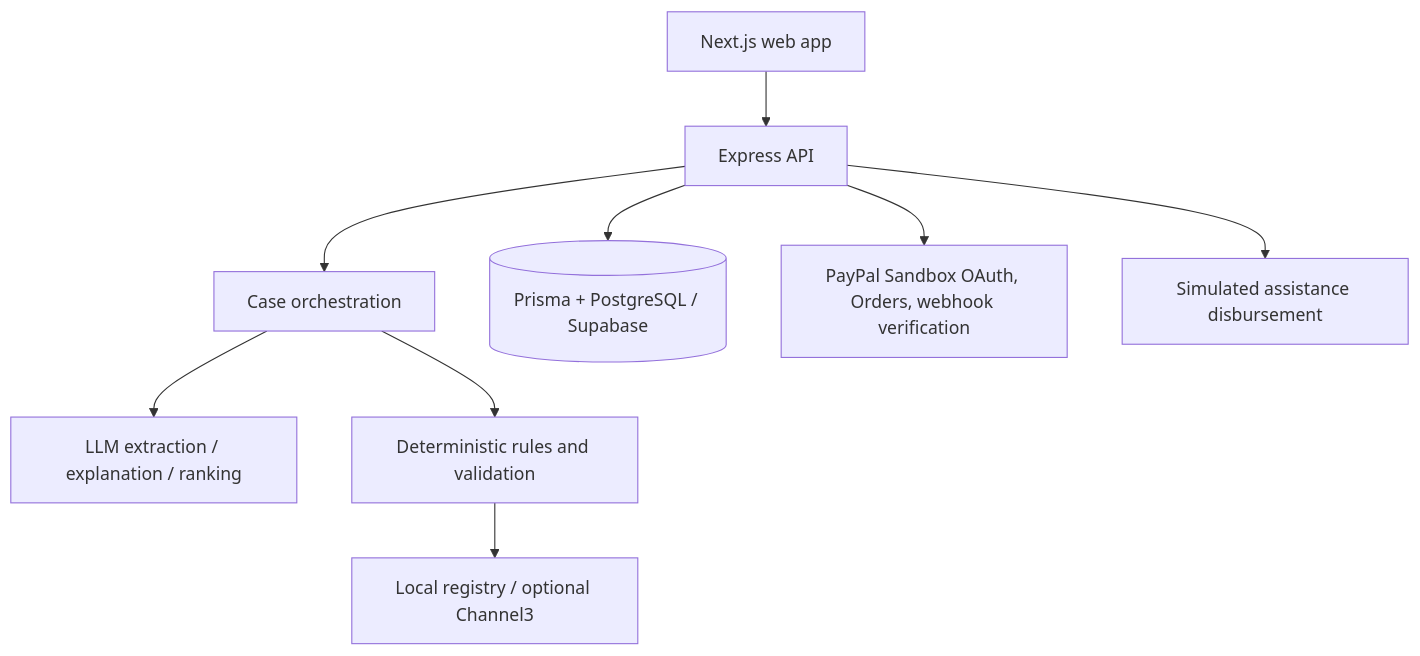
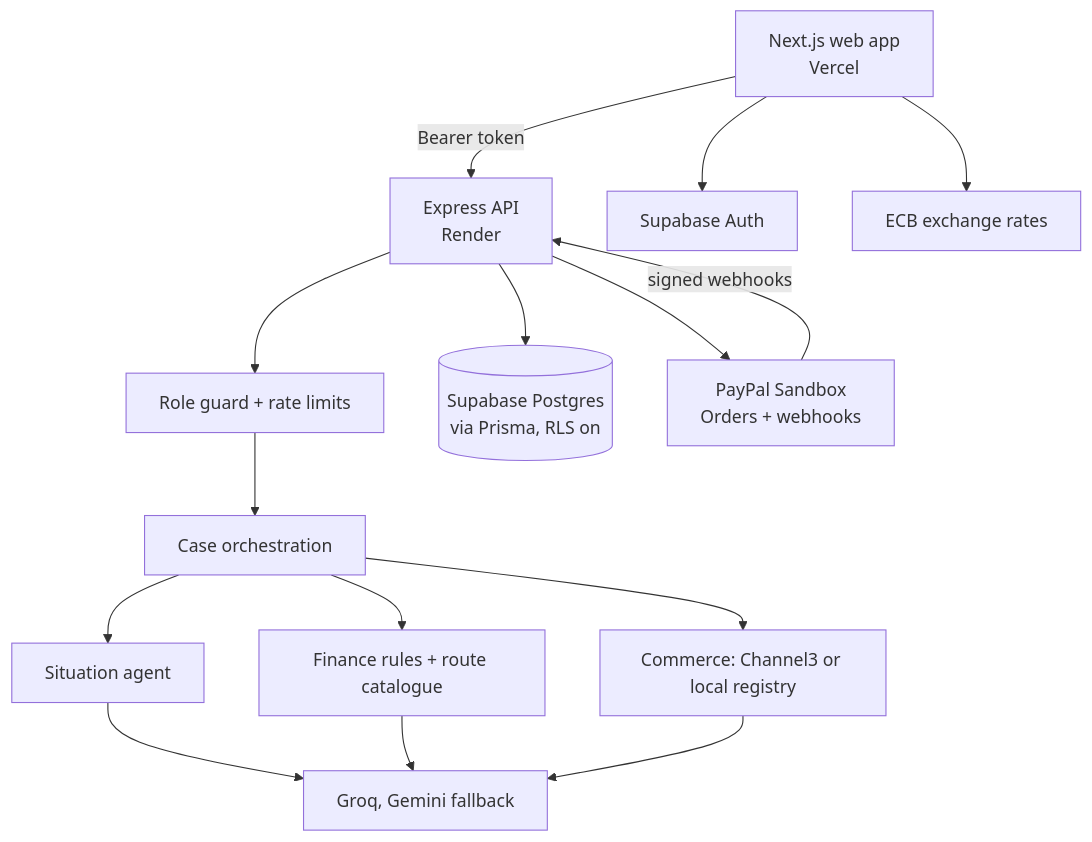
Before and after one commit to FathimaMehrinVS/LIFELINE_PayPal_AI_Hackathon: the second of 2 diagrams in README.md, drawn with Mermaid. The commit also changed other lines of this file, not shown here.

````diff
--- a/README.md
+++ b/README.md
@@ -93,11 +158,15 @@
 ```mermaid
 flowchart TD
-  UI[Next.js web app] --> API[Express API]
-  API --> ORCH[Case orchestration]
-  ORCH --> AI[LLM extraction / explanation / ranking]
-  ORCH --> RULES[Deterministic rules and validation]
-  RULES --> COMMERCE[Local registry / optional Channel3]
-  API --> DB[(Prisma + PostgreSQL / Supabase)]
-  API --> PP[PayPal Sandbox OAuth, Orders, webhook verification]
-  API --> SIM[Simulated assistance disbursement]
+  WEB[Next.js web app<br/>Vercel] -->|Bearer token| API[Express API<br/>Render]
+  WEB --> SBAUTH[Supabase Auth]
+  WEB --> FX[ECB exchange rates]
+  API --> GUARD[Role guard + rate limits]
+  GUARD --> ORCH[Case orchestration]
+  ORCH --> SIT[Situation agent]
+  ORCH --> FIN[Finance rules + route catalogue]
+  ORCH --> COM[Commerce: Channel3 or local registry]
+  SIT & FIN & COM --> LLM[Groq, Gemini fallback]
+  API --> DB[(Supabase Postgres<br/>via Prisma, RLS on)]
+  API --> PP[PayPal Sandbox<br/>Orders + webhooks]
+  PP -->|signed webhooks| API
 ```
````
